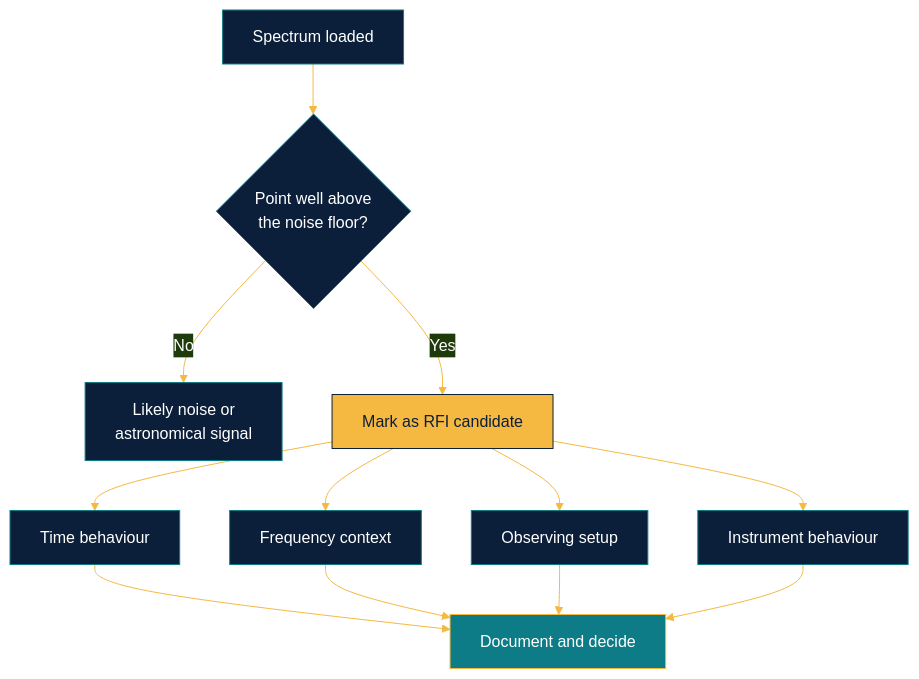
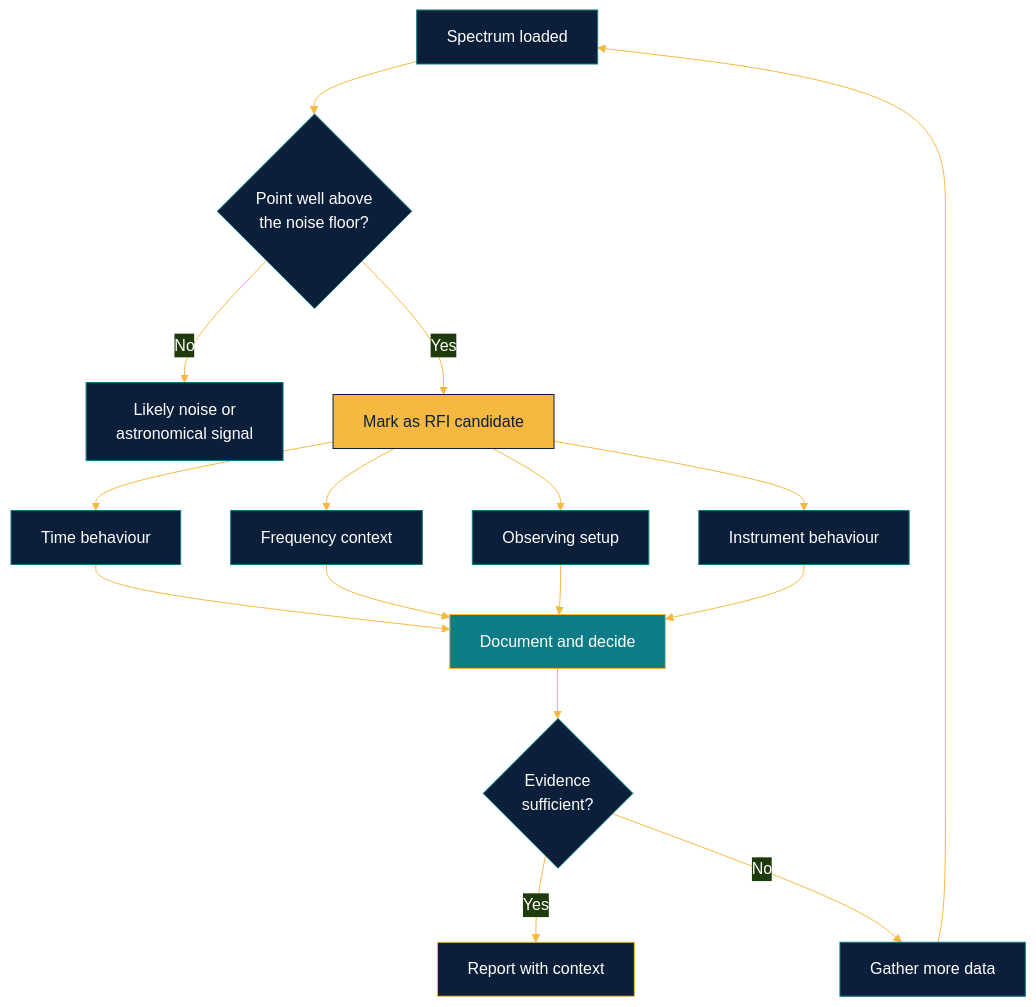
Before and after one commit to LuthandoCandlovu/DARA-Astronomy-Practicals-Kenya-Illeret-: the ninth of 11 diagrams in README.md, drawn with Mermaid. The commit also changed other lines of this file, not shown here.

````diff
--- a/README.md
+++ b/README.md
@@ -123,17 +404,22 @@
 ```mermaid
 %%{init: {'theme':'base','themeVariables':{'primaryColor':'#0B1F3A','primaryTextColor':'#ffffff','primaryBorderColor':'#0E7C86','lineColor':'#F5B942','fontFamily':'Segoe UI, Arial'}}}%%
 flowchart TD
     S["Spectrum loaded"] --> Q{"Point well above<br/>the noise floor?"}
     Q -- No --> N["Likely noise or<br/>astronomical signal"]
     Q -- Yes --> C["Mark as RFI candidate"]
     C --> T["Time behaviour"]
     C --> F["Frequency context"]
     C --> O["Observing setup"]
     C --> I["Instrument behaviour"]
     T --> R["Document and decide"]
     F --> R
     O --> R
     I --> R
+    R --> K{"Evidence<br/>sufficient?"}
+    K -- Yes --> X["Report with context"]
+    K -- No --> M["Gather more data"]
+    M --> S
     style C fill:#F5B942,stroke:#0B1F3A,color:#0B1F3A
     style R fill:#0E7C86,stroke:#F5B942,color:#ffffff
+    style X fill:#0B1F3A,stroke:#F5B942,color:#ffffff
 ```
````
